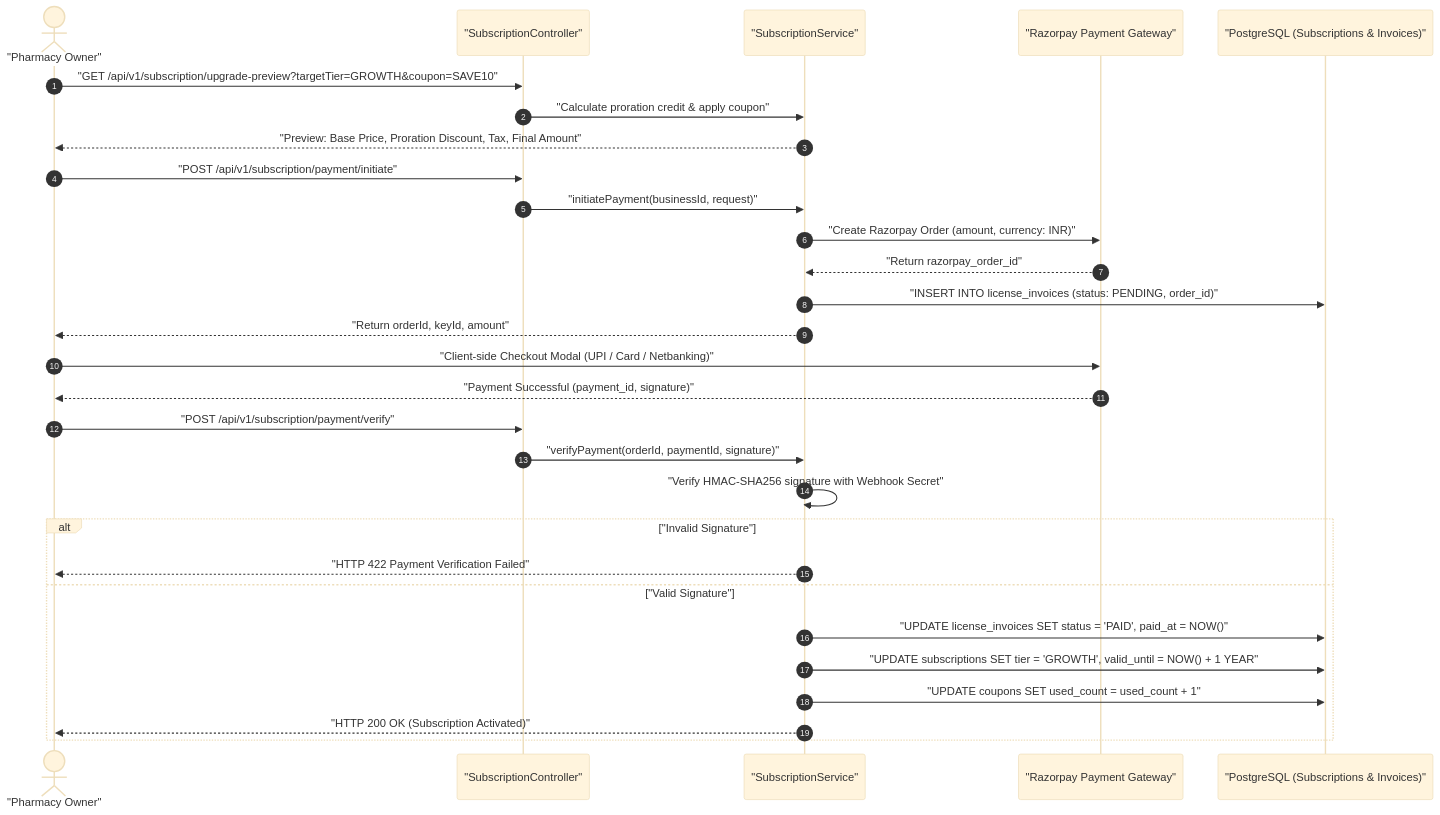
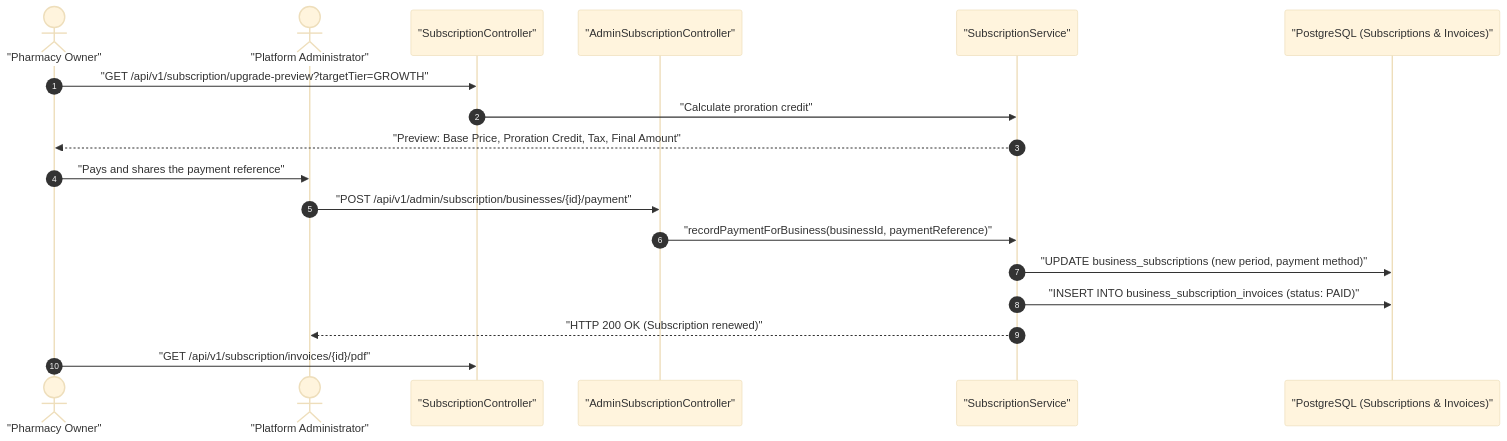
Before and after one commit to veer0401/inventra: the fourth of 14 diagrams in docs/TRANSITION_AND_FLOW_DIAGRAMS.md, drawn with Mermaid (base theme). The commit also changed other lines of this file and 23 other files, not shown here.

First line of the commit message:
Remove Razorpay payment integration

````diff
--- a/docs/TRANSITION_AND_FLOW_DIAGRAMS.md
+++ b/docs/TRANSITION_AND_FLOW_DIAGRAMS.md
@@ -138,36 +140,23 @@
 ```mermaid
 sequenceDiagram
     autonumber
     actor Owner as "Pharmacy Owner"
+    actor Admin as "Platform Administrator"
     participant SubCtrl as "SubscriptionController"
+    participant AdminCtrl as "AdminSubscriptionController"
     participant SubSvc as "SubscriptionService"
-    participant Razorpay as "Razorpay Payment Gateway"
     participant DB as "PostgreSQL (Subscriptions & Invoices)"
 
-    Owner->>SubCtrl: "GET /api/v1/subscription/upgrade-preview?targetTier=GROWTH&coupon=SAVE10"
-    SubCtrl->>SubSvc: "Calculate proration credit & apply coupon"
-    SubSvc-->>Owner: "Preview: Base Price, Proration Discount, Tax, Final Amount"
+    Owner->>SubCtrl: "GET /api/v1/subscription/upgrade-preview?targetTier=GROWTH"
+    SubCtrl->>SubSvc: "Calculate proration credit"
+    SubSvc-->>Owner: "Preview: Base Price, Proration Credit, Tax, Final Amount"
 
-    Owner->>SubCtrl: "POST /api/v1/subscription/payment/initiate"
-    SubCtrl->>SubSvc: "initiatePayment(businessId, request)"
-    SubSvc->>Razorpay: "Create Razorpay Order (amount, currency: INR)"
-    Razorpay-->>SubSvc: "Return razorpay_order_id"
-    SubSvc->>DB: "INSERT INTO license_invoices (status: PENDING, order_id)"
-    SubSvc-->>Owner: "Return orderId, keyId, amount"
+    Owner->>Admin: "Pays and shares the payment reference"
 
-    Owner->>Razorpay: "Client-side Checkout Modal (UPI / Card / Netbanking)"
-    Razorpay-->>Owner: "Payment Successful (payment_id, signature)"
-
-    Owner->>SubCtrl: "POST /api/v1/subscription/payment/verify"
-    SubCtrl->>SubSvc: "verifyPayment(orderId, paymentId, signature)"
-    SubSvc->>SubSvc: "Verify HMAC-SHA256 signature with Webhook Secret"
-    
-    alt "Invalid Signature"
-        SubSvc-->>Owner: "HTTP 422 Payment Verification Failed"
-    else "Valid Signature"
-        SubSvc->>DB: "UPDATE license_invoices SET status = 'PAID', paid_at = NOW()"
-        SubSvc->>DB: "UPDATE subscriptions SET tier = 'GROWTH', valid_until = NOW() + 1 YEAR"
-        SubSvc->>DB: "UPDATE coupons SET used_count = used_count + 1"
-        SubSvc-->>Owner: "HTTP 200 OK (Subscription Activated)"
-    end
+    Admin->>AdminCtrl: "POST /api/v1/admin/subscription/businesses/{id}/payment"
+    AdminCtrl->>SubSvc: "recordPaymentForBusiness(businessId, paymentReference)"
+    SubSvc->>DB: "UPDATE business_subscriptions (new period, payment method)"
+    SubSvc->>DB: "INSERT INTO business_subscription_invoices (status: PAID)"
+    SubSvc-->>Admin: "HTTP 200 OK (Subscription renewed)"
+    Owner->>SubCtrl: "GET /api/v1/subscription/invoices/{id}/pdf"
 ```
````
